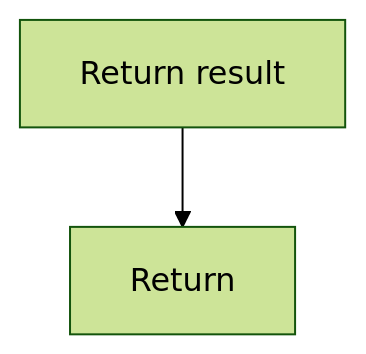
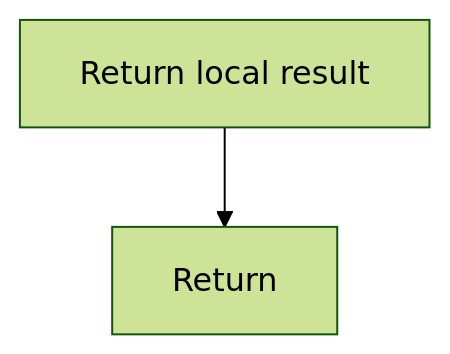
One commit to JohnAndrewBalbarosa/NeoTerritory changed the second of 2 diagrams in docs/Codebase/Infrastructure/session-orchestration/bootstrap_and_deploy/functions/wait_fordocker.ps1.md. Above: the diagram before and after it, drawn with Mermaid (forest theme). The commit also changed other lines of this file and 915 other files, not shown here.

````diff
--- a/docs/Codebase/Infrastructure/session-orchestration/bootstrap_and_deploy/functions/wait_fordocker.ps1.md
+++ b/docs/Codebase/Infrastructure/session-orchestration/bootstrap_and_deploy/functions/wait_fordocker.ps1.md
@@ -49,6 +49,6 @@
 ```mermaid
 flowchart TD
-    N0["Return result"]
+    N0["Return local result"]
     N1["Return"]
     N0 --> N1
 ```
````
